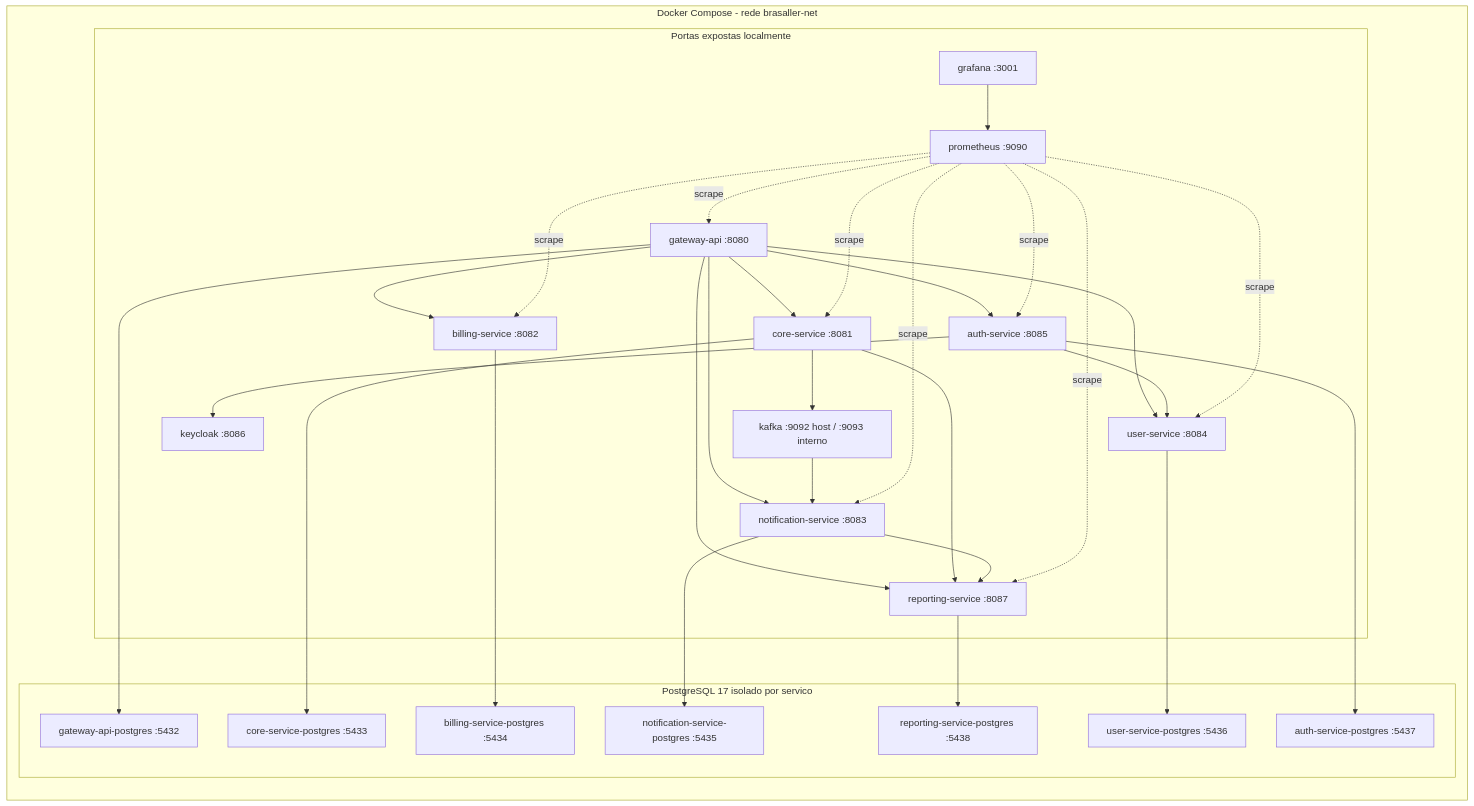
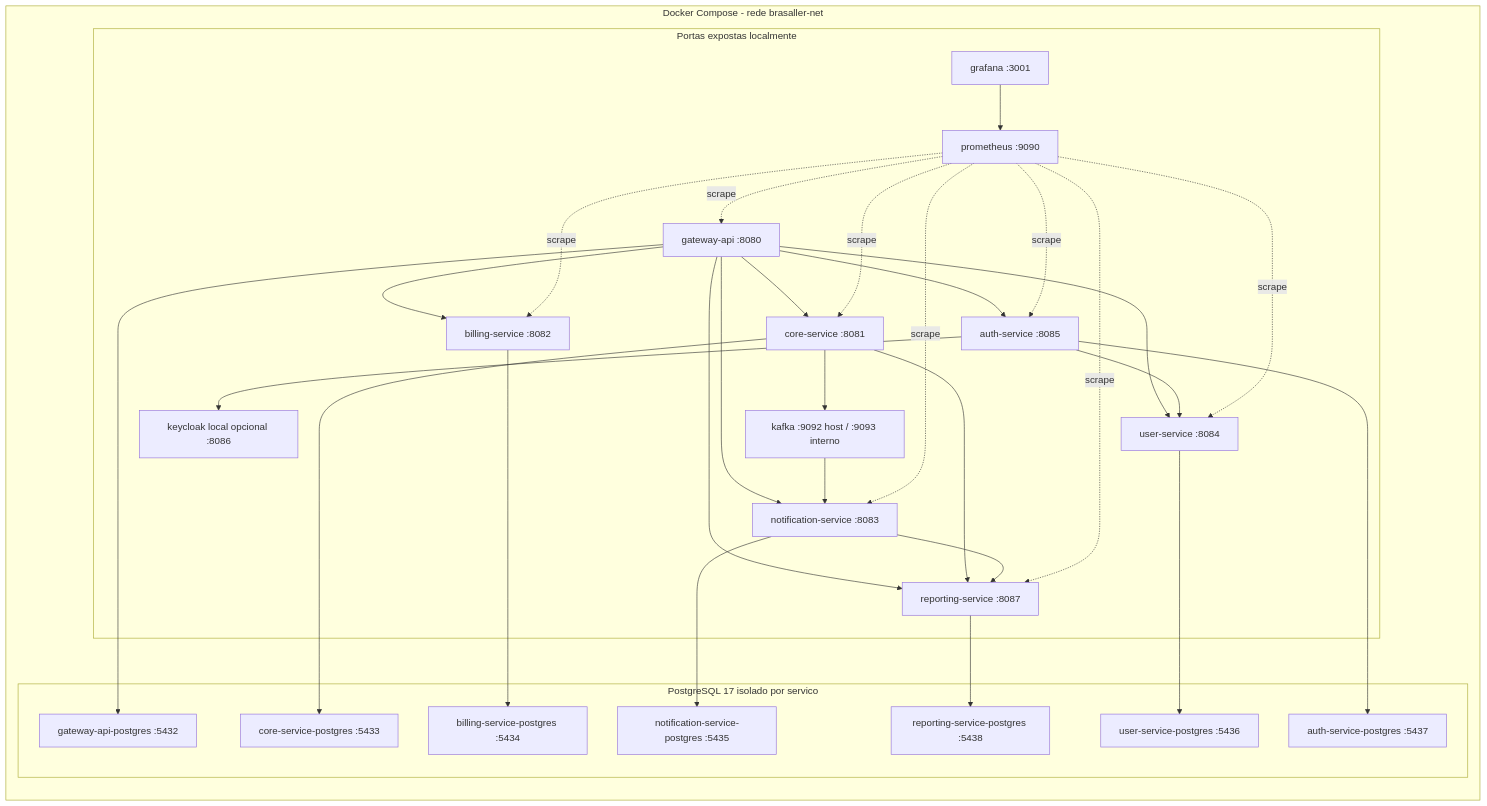
The second of 16 diagrams in docs/high-level-microservices-uml.md (thousandtws-tech/projeto-braseller-platform), drawn with Mermaid before and after one commit. The commit also changed other lines of this file and 53 other files, not shown here.

Commit message:
Implement fiscal MVP and Cloudinary architecture

````diff
--- a/docs/high-level-microservices-uml.md
+++ b/docs/high-level-microservices-uml.md
@@ -124,61 +127,61 @@
 ```mermaid
 flowchart TB
     subgraph Docker["Docker Compose - rede brasaller-net"]
         direction TB
 
         subgraph PublicPorts["Portas expostas localmente"]
             GW["gateway-api :8080"]
             Core["core-service :8081"]
             Billing["billing-service :8082"]
             Notification["notification-service :8083"]
             Reporting["reporting-service :8087"]
             User["user-service :8084"]
             Auth["auth-service :8085"]
-            Keycloak["keycloak :8086"]
+            Keycloak["keycloak local opcional :8086"]
             Kafka["kafka :9092 host / :9093 interno"]
             Prometheus["prometheus :9090"]
             Grafana["grafana :3001"]
         end
 
         subgraph Postgres["PostgreSQL 17 isolado por servico"]
             GWDB["gateway-api-postgres :5432"]
             CoreDB["core-service-postgres :5433"]
             BillingDB["billing-service-postgres :5434"]
             NotificationDB["notification-service-postgres :5435"]
             ReportingDB["reporting-service-postgres :5438"]
             UserDB["user-service-postgres :5436"]
             AuthDB["auth-service-postgres :5437"]
         end
 
         GW --> Auth
         GW --> User
         GW --> Core
         GW --> Billing
         GW --> Notification
         GW --> Reporting
 
         Auth --> User
         Auth --> Keycloak
         Core --> Kafka
         Kafka --> Notification
         Core --> Reporting
         Notification --> Reporting
 
         GW --> GWDB
         Core --> CoreDB
         Billing --> BillingDB
         Notification --> NotificationDB
         Reporting --> ReportingDB
         User --> UserDB
         Auth --> AuthDB
 
         Prometheus -. scrape .-> GW
         Prometheus -. scrape .-> Core
         Prometheus -. scrape .-> Billing
         Prometheus -. scrape .-> Notification
         Prometheus -. scrape .-> Reporting
         Prometheus -. scrape .-> User
         Prometheus -. scrape .-> Auth
         Grafana --> Prometheus
     end
 ```
````
